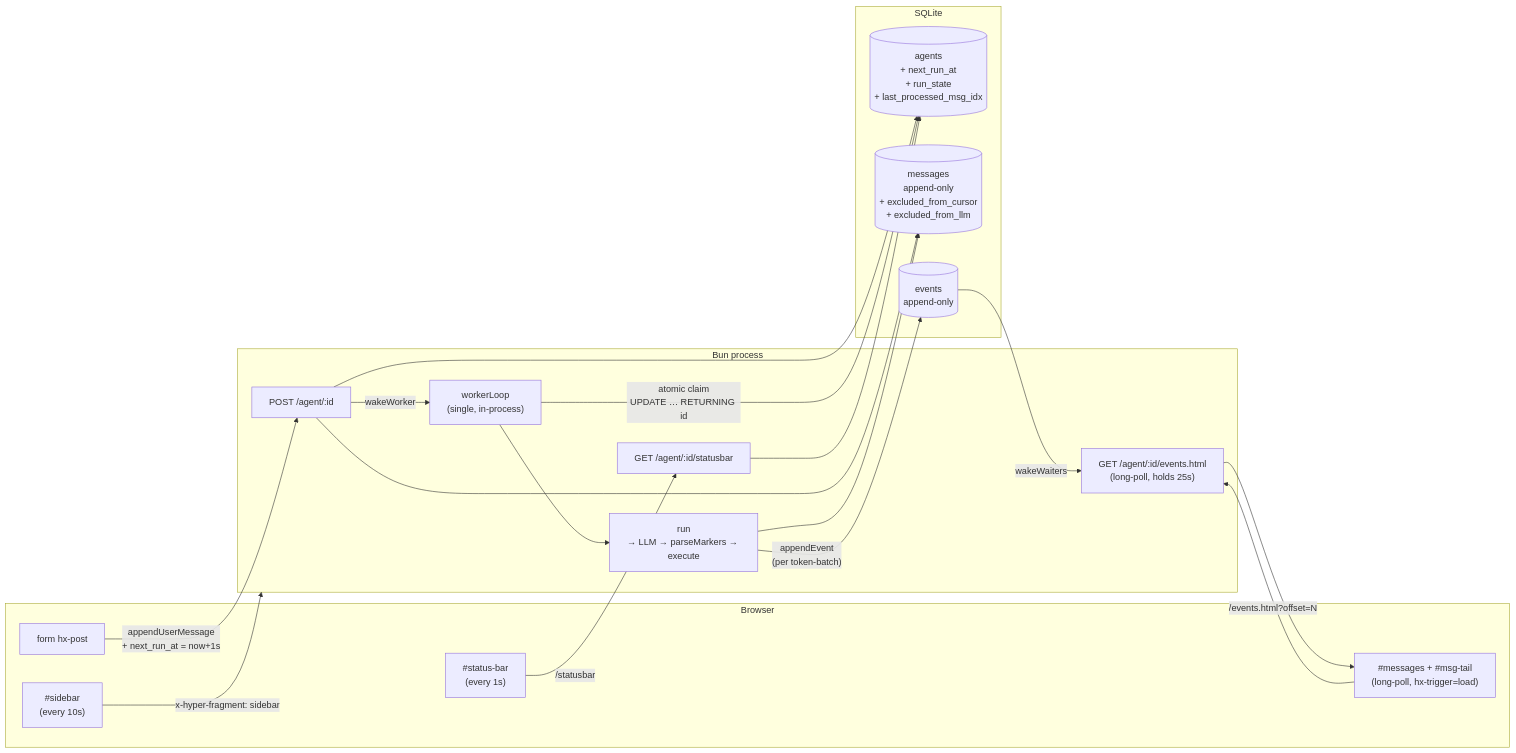
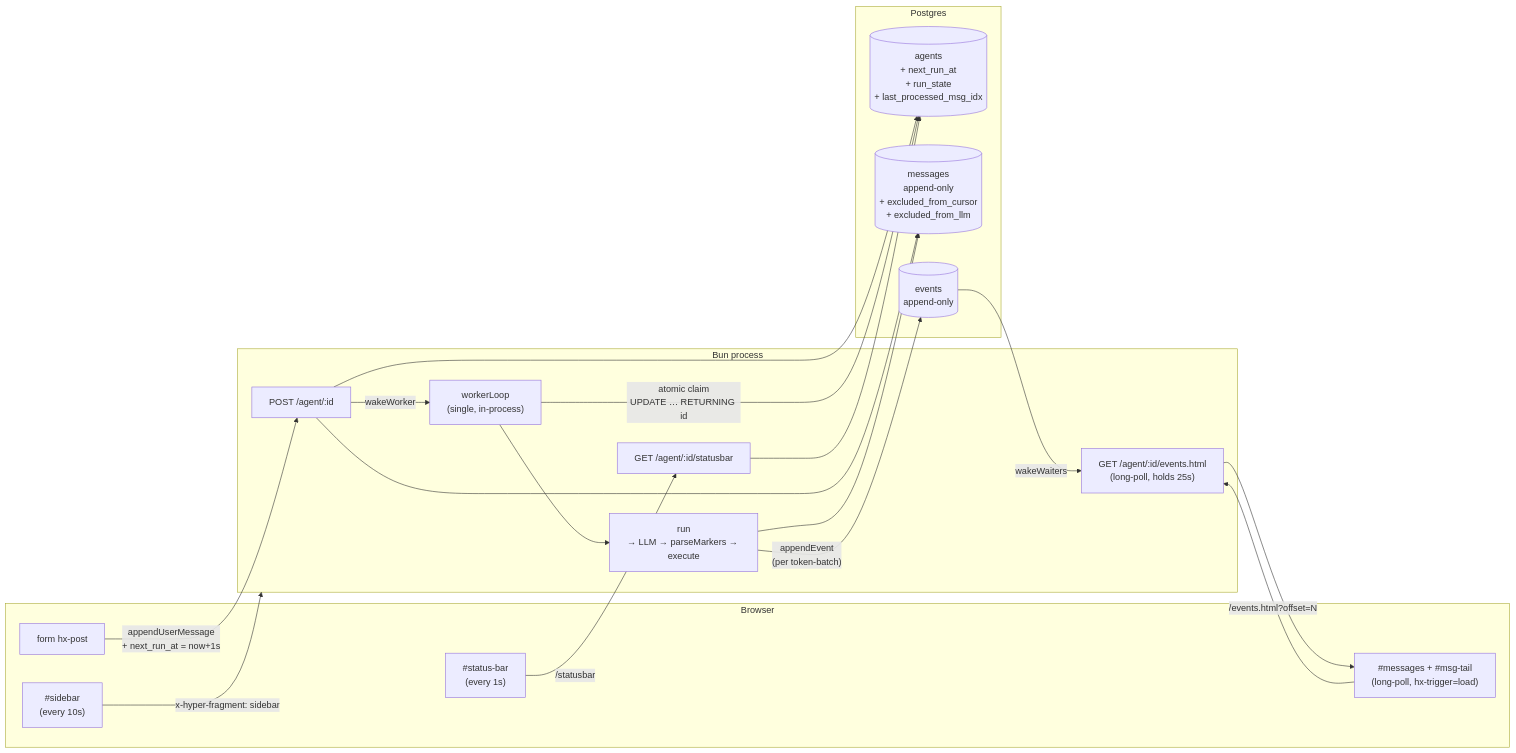
The diagram in README.md (niquola/hyper-code2), drawn with Mermaid before and after one commit. The commit also changed other lines of this file and 14 other files, not shown here.

First line of the commit message:
docs: purge stale SQLite mentions — storage is Postgres everywhere

````diff
--- a/README.md
+++ b/README.md
@@ -37,38 +37,38 @@
 ```mermaid
 flowchart LR
     subgraph Browser
         F[form hx-post]
         M["#messages + #msg-tail<br/>(long-poll, hx-trigger=load)"]
         S["#status-bar<br/>(every 1s)"]
         SB["#sidebar<br/>(every 10s)"]
     end
 
     subgraph Server["Bun process"]
         POST["POST /agent/:id"]
         EH["GET /agent/:id/events.html<br/>(long-poll, holds 25s)"]
         STAT["GET /agent/:id/statusbar"]
         WORKER["workerLoop<br/>(single, in-process)"]
         RUN["run<br/>→ LLM → parseMarkers → execute"]
     end
 
-    subgraph DB[SQLite]
+    subgraph DB[Postgres]
         AGENTS[(agents<br/>+ next_run_at<br/>+ run_state<br/>+ last_processed_msg_idx)]
         MSGS[(messages<br/>append-only<br/>+ excluded_from_cursor<br/>+ excluded_from_llm)]
         EVENTS[(events<br/>append-only)]
     end
 
     F      -- "appendUserMessage<br/>+ next_run_at = now+1s" --> POST
     POST   --> MSGS
     POST   --> AGENTS
     POST   -- "wakeWorker" --> WORKER
     WORKER -- "atomic claim<br/>UPDATE … RETURNING id" --> AGENTS
     WORKER --> RUN
     RUN    -- "appendEvent<br/>(per token-batch)" --> EVENTS
     RUN    --> MSGS
     EVENTS -- "wakeWaiters" --> EH
     M      -- "/events.html?offset=N" --> EH
     EH     --> M
     S      -- "/statusbar" --> STAT
     STAT   --> AGENTS
     SB     -- "x-hyper-fragment: sidebar" --> Server
 ```
````
